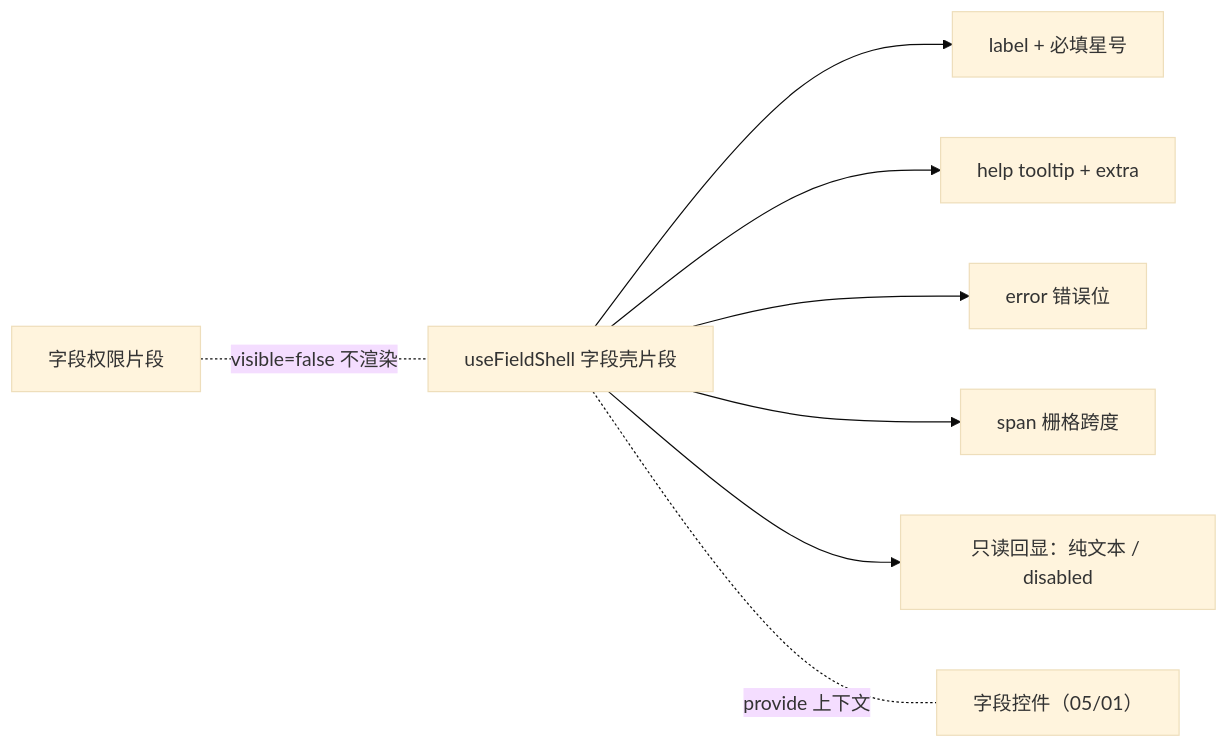
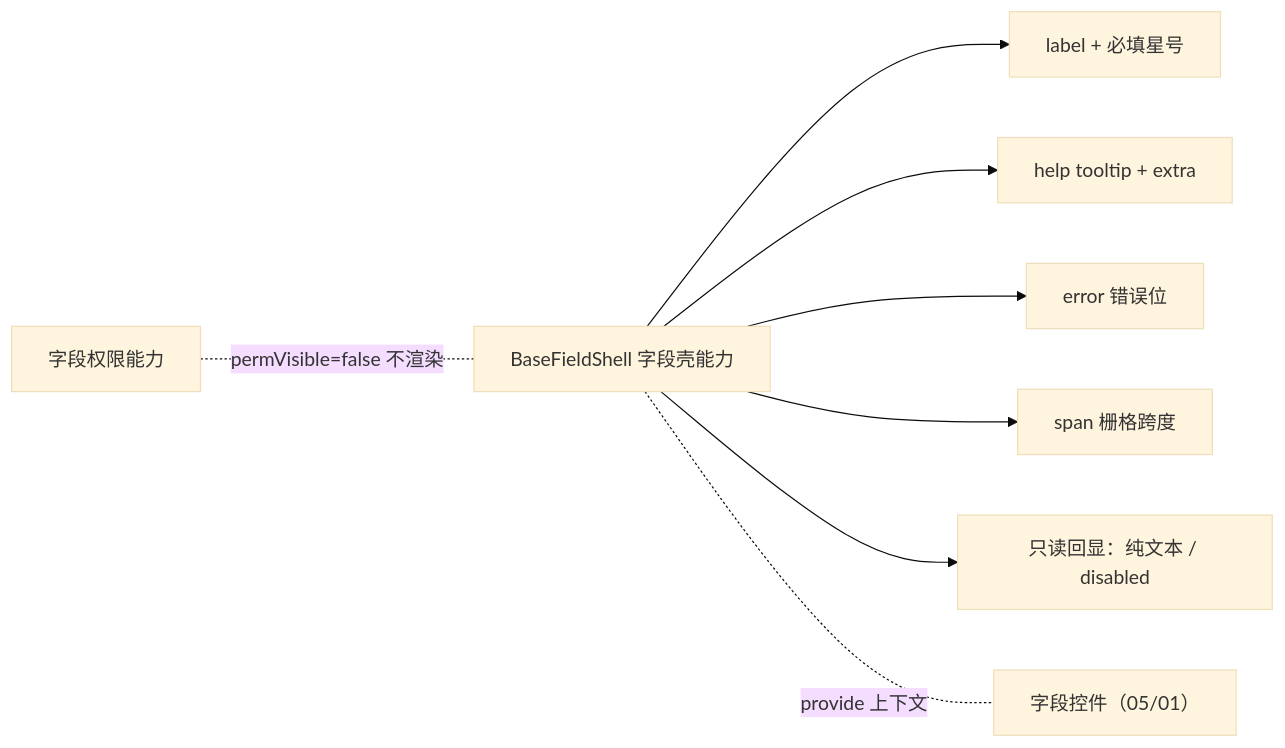
The diagram in bms文档/设计/组件设计/02_基础组件类/02_能力片段/10_组件设计_字段壳片段/10_组件设计_字段壳片段.md (minjian123/basic-management-system), drawn with Mermaid (base theme) before and after one commit. The commit also changed other lines of this file and 49 other files, not shown here.

````diff
--- a/bms文档/设计/组件设计/02_基础组件类/02_能力片段/10_组件设计_字段壳片段/10_组件设计_字段壳片段.md
+++ b/bms文档/设计/组件设计/02_基础组件类/02_能力片段/10_组件设计_字段壳片段/10_组件设计_字段壳片段.md
@@ -15,10 +15,10 @@
 ```mermaid
 flowchart LR
-    W["useFieldShell 字段壳片段"] --> L["label + 必填星号"]
+    W["BaseFieldShell 字段壳能力"] --> L["label + 必填星号"]
     W --> H["help tooltip + extra"]
     W --> E["error 错误位"]
     W --> S["span 栅格跨度"]
     W --> R["只读回显：纯文本 / disabled"]
     W -.provide 上下文.- C["字段控件（05/01）"]
-    P["字段权限片段"] -.visible=false 不渲染.- W
+    P["字段权限能力"] -.permVisible=false 不渲染.- W
 ```
````
